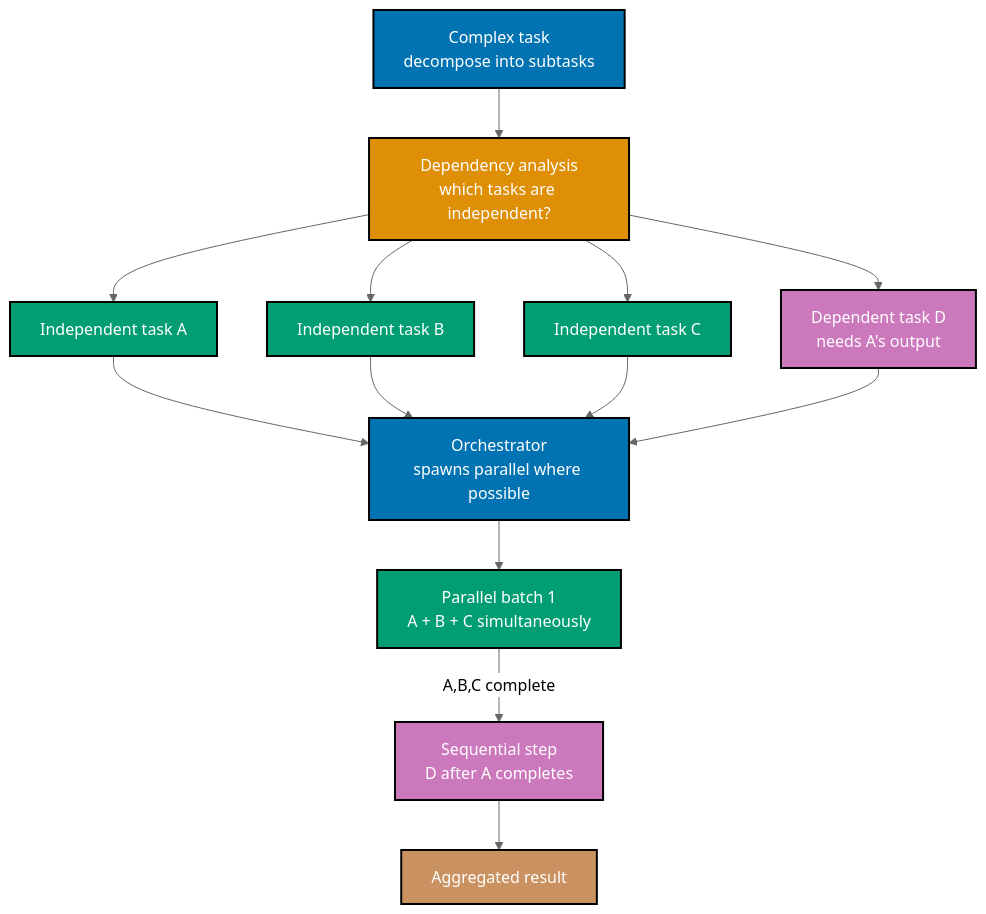
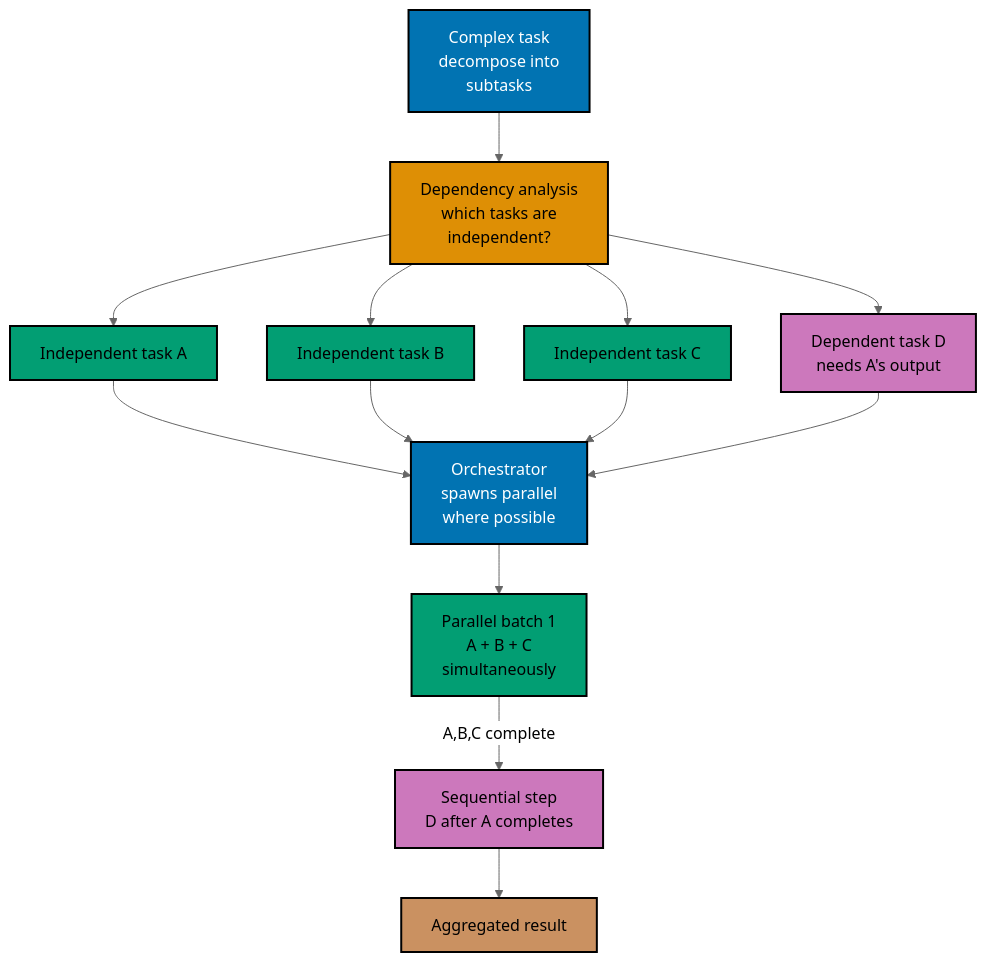
Before and after one commit to wahidyankf/ose-public: the eighth of 8 diagrams in apps/ayokoding-www/content/en/learn/legacy/artificial-intelligence/tools/claude-code/by-concept/intermediate.md, drawn with Mermaid (neutral theme). The commit also changed other lines of this file and 50 other files, not shown here.

First line of the commit message:
fix(mermaid): bring the docs, governance, plans, and legacy AI diagrams onto the accessible palette

````diff
--- a/apps/ayokoding-www/content/en/learn/legacy/artificial-intelligence/tools/claude-code/by-concept/intermediate.md
+++ b/apps/ayokoding-www/content/en/learn/legacy/artificial-intelligence/tools/claude-code/by-concept/intermediate.md
@@ -1317,34 +1338,37 @@
 ```mermaid
 %% Color Palette: Blue #0173B2, Orange #DE8F05, Teal #029E73, Purple #CC78BC, Brown #CA9161
 %% All colors are color-blind friendly and meet WCAG AA contrast standards
 
 graph TD
-    TASK["Complex task<br/>decompose into subtasks"]:::blue
-    DEP["Dependency analysis<br/>which tasks are independent?"]:::orange
+    accTitle: 13. Parallel Subagent Patterns
+    accDescr: Graph with 10 nodes and 12 connections. Nodes: Complex task decompose into subtasks, Dependency analysis which tasks are independent?, Independent task A, Independent task B, Independent task C, Dependent task D needs As output, Orchestrator spawns parallel where possible, Parallel batch 1 A + B + C simultaneously, Sequential step D after A completes, Aggregated result. Connections: Complex task decompose into subtasks to Dependency analysis which tasks are independent?, Dependency analysis which tasks are independent? to Independent task A, Dependency analysis which tasks are independent? to Independent task B, Dependency analysis which tasks are independent? to Independent task C, Dependency analysis which tasks are independent? to Dependent task D needs As output, Independent task A to Orchestrator spawns parallel where possible, Independent task B to Orchestrator spawns parallel where possible, Independent task C to Orchestrator spawns parallel where possible, Dependent task D needs As output to Orchestrator spawns parallel where possible, Orchestrator spawns parallel where possible to Parallel batch 1 A + B + C simultaneously, Parallel batch 1 A + B + C simultaneously to Sequential step D after A completes (A,B,C complete), Sequential step D after A completes to Aggregated result.
+    TASK["Complex task<br/>decompose into<br/>subtasks"]:::blue
+    DEP["Dependency analysis<br/>which tasks are<br/>independent?"]:::orange
 
     IND1["Independent task A"]:::teal
     IND2["Independent task B"]:::teal
     IND3["Independent task C"]:::teal
     DEP1["Dependent task D<br/>needs A's output"]:::purple
 
-    ORCH["Orchestrator<br/>spawns parallel where possible"]:::blue
-    P1["Parallel batch 1<br/>A + B + C simultaneously"]:::teal
+    ORCH["Orchestrator<br/>spawns parallel<br/>where possible"]:::blue
+    P1["Parallel batch 1<br/>A + B + C<br/>simultaneously"]:::teal
     S1["Sequential step<br/>D after A completes"]:::purple
     RESULT["Aggregated result"]:::brown
 
     TASK --> DEP
     DEP --> IND1 & IND2 & IND3 & DEP1
     IND1 --> ORCH
     IND2 --> ORCH
     IND3 --> ORCH
     DEP1 --> ORCH
     ORCH --> P1
     P1 -->|"A,B,C complete"| S1
     S1 --> RESULT
 
     classDef blue fill:#0173B2,stroke:#000000,color:#FFFFFF,stroke-width:2px
-    classDef orange fill:#DE8F05,stroke:#000000,color:#FFFFFF,stroke-width:2px
-    classDef teal fill:#029E73,stroke:#000000,color:#FFFFFF,stroke-width:2px
-    classDef purple fill:#CC78BC,stroke:#000000,color:#FFFFFF,stroke-width:2px
-    classDef brown fill:#CA9161,stroke:#000000,color:#FFFFFF,stroke-width:2px
+    classDef orange fill:#DE8F05,stroke:#000000,color:#000000,stroke-width:2px
+    classDef teal fill:#029E73,stroke:#000000,color:#000000,stroke-width:2px
+    classDef purple fill:#CC78BC,stroke:#000000,color:#000000,stroke-width:2px
+    classDef brown fill:#CA9161,stroke:#000000,color:#000000,stroke-width:2px
+    classDef default fill:#FFFFFF,stroke:#000000,color:#000000
 ```
````
